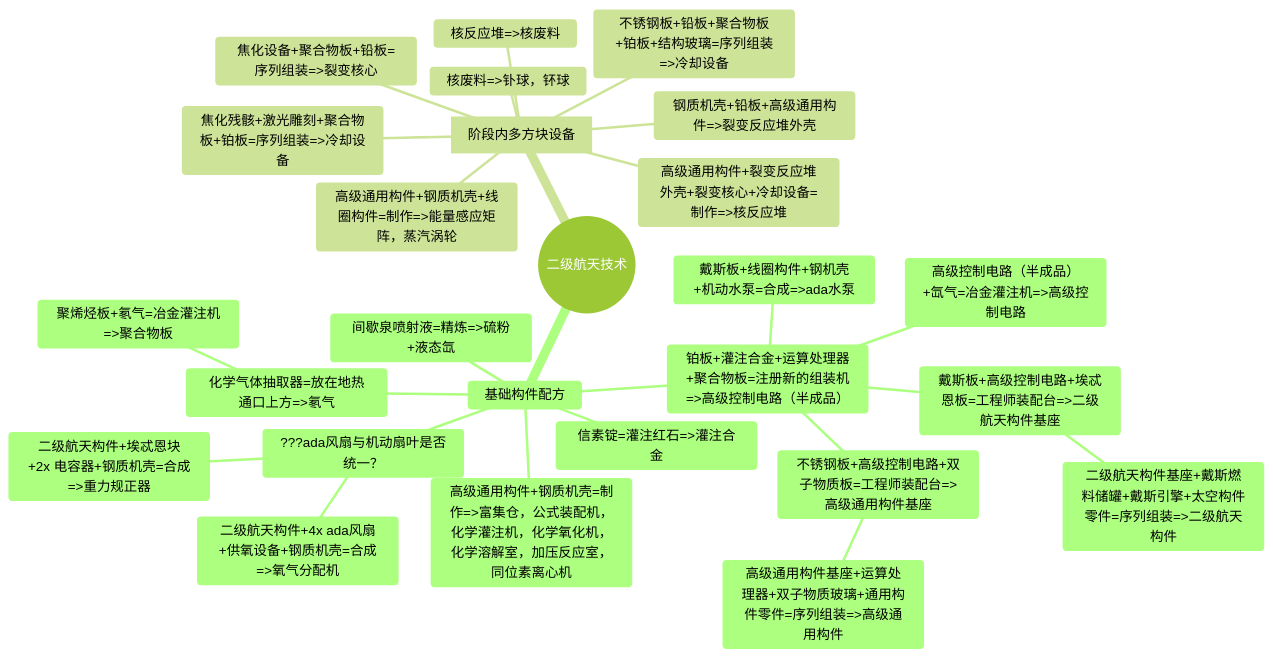
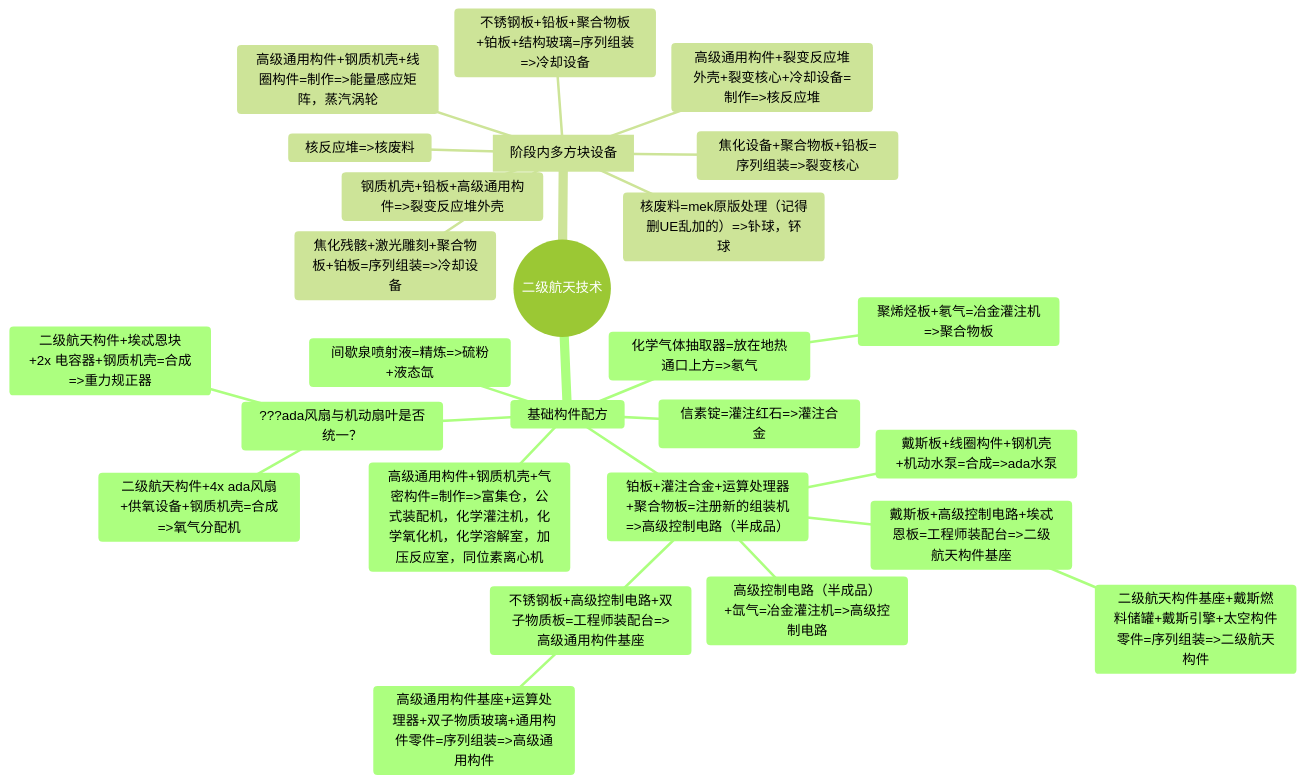
The second of 4 diagrams in Developer/TechTreeMap.md (VechniMetel/CodeNameCIM2), drawn with Mermaid (forest theme) before and after one commit. The commit also changed other lines of this file, not shown here.

````diff
--- a/Developer/TechTreeMap.md
+++ b/Developer/TechTreeMap.md
@@ -38,29 +38,29 @@
 ``` mermaid
 mindmap
     root((二级航天技术))
         基础构件配方
             信素锭=灌注红石=>灌注合金
             间歇泉喷射液=精炼=>硫粉+液态氙
             化学气体抽取器=放在地热通口上方=>氡气
                 聚烯烃板+氡气=冶金灌注机=>聚合物板
             铂板+灌注合金+运算处理器+聚合物板=注册新的组装机=>高级控制电路（半成品）
                 高级控制电路（半成品）+氙气=冶金灌注机=>高级控制电路
                 戴斯板+高级控制电路+埃忒恩板=工程师装配台=>二级航天构件基座
                     二级航天构件基座+戴斯燃料储罐+戴斯引擎+太空构件零件=序列组装=>二级航天构件
                 不锈钢板+高级控制电路+双子物质板=工程师装配台=>高级通用构件基座
                     高级通用构件基座+运算处理器+双子物质玻璃+通用构件零件=序列组装=>高级通用构件
                 戴斯板+线圈构件+钢机壳+机动水泵=合成=>ada水泵
             ???ada风扇与机动扇叶是否统一？
                 二级航天构件+4x ada风扇+供氧设备+钢质机壳=合成=>氧气分配机
                 二级航天构件+埃忒恩块+2x 电容器+钢质机壳=合成=>重力规正器
-            高级通用构件+钢质机壳=制作=>富集仓，公式装配机，化学灌注机，化学氧化机，化学溶解室，加压反应室，同位素离心机
+            高级通用构件+钢质机壳+气密构件=制作=>富集仓，公式装配机，化学灌注机，化学氧化机，化学溶解室，加压反应室，同位素离心机
         [阶段内多方块设备]
             高级通用构件+钢质机壳+线圈构件=制作=>能量感应矩阵，蒸汽涡轮
             不锈钢板+铅板+聚合物板+铂板+结构玻璃=序列组装=>冷却设备
             焦化残骸+激光雕刻+聚合物板+铂板=序列组装=>冷却设备
             焦化设备+聚合物板+铅板=序列组装=>裂变核心
             钢质机壳+铅板+高级通用构件=>裂变反应堆外壳
             高级通用构件+裂变反应堆外壳+裂变核心+冷却设备=制作=>核反应堆
             核反应堆=>核废料
-            核废料=>钋球，钚球
+            核废料=mek原版处理（记得删UE乱加的）=>钋球，钚球
 ```
````
